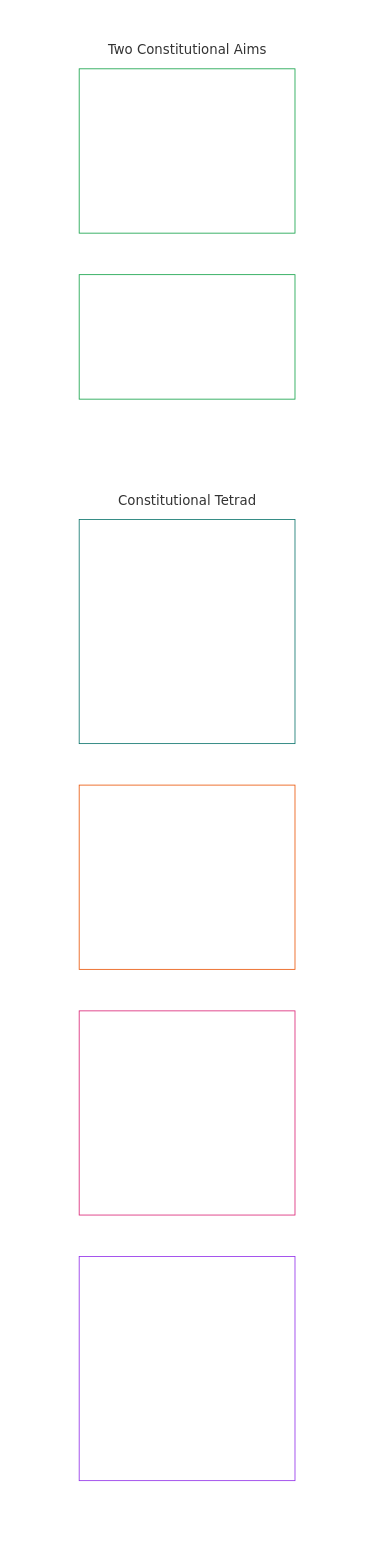
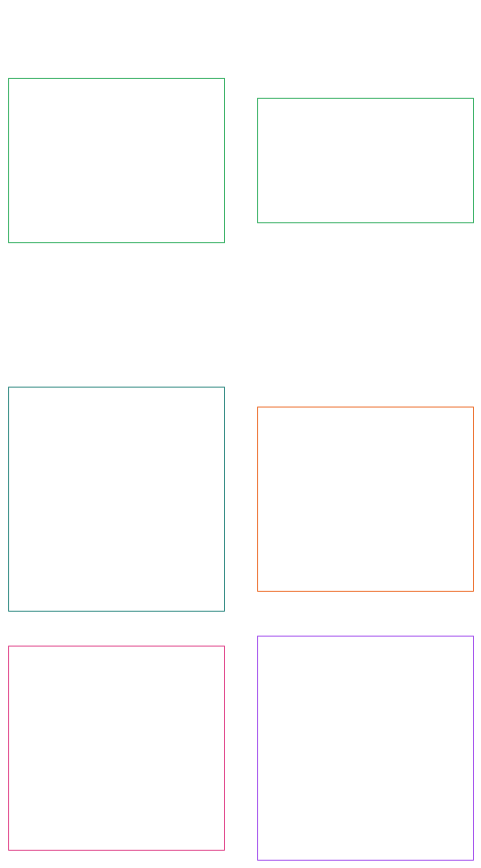
One commit to kfoelsch/Sentient_Constitution changed the first of 2 diagrams in core_01.000_values_principles.md. Above: the diagram before and after it, drawn with Mermaid. The commit also changed 7 other files, not shown here.

First line of the commit message:
Chapter 1 and Conceptual Overview diagram: lay the Tetrad out as a fixed 2x2 grid

````diff
--- a/core_01.000_values_principles.md
+++ b/core_01.000_values_principles.md
@@ -134,28 +134,31 @@
 ```mermaid
+%%{init: {"flowchart": {"rankSpacing": 30, "nodeSpacing": 40}}}%%
 flowchart TB
-    subgraph Foundation[" "]
-        direction TB
-        subgraph Aims["Two Constitutional Aims"]
-            direction LR
-            F["Flourishing<br/><br/>• Sentient wellbeing sustained through truth, safety,<br/>trustworthiness, and meaningful agency"]
-            C["Continuity<br/><br/>• Long-horizon stability, sustainability, resilience,<br/>and ecological wellbeing"]
-        end
-        subgraph Tetrad["Constitutional Tetrad"]
-            direction LR
-            P["Participation<br/><br/>• Affected sentients get a real voice<br/>• Fair representation and a fair chance to challenge<br/>• Access to consequential roles in proportion to stake"]
-            O["Oversight<br/><br/>• Watching, checking, verifying, and keeping records<br/>• Independent review can constrain bad choices"]
-            A["Accountability<br/><br/>• Responsibility traces to the right actors<br/>• Answerability, redress, and real correction<br/>• Bad outcomes trigger repair"]
-            T["Timeliness<br/><br/>• Problems are detected, challenged, resolved, and fixed<br/>• Time limits match the material stake<br/>• Delay cannot erase rights, remedies, or repair"]
-        end
-    end
-    F ~~~ P
-    style Foundation fill:none,stroke:none
-    style Aims fill:none,stroke:none
-    style Tetrad fill:none,stroke:none
+    TA["Two Constitutional Aims"]
+    F["Flourishing<br/><br/>• Sentient wellbeing sustained through truth, safety,<br/>trustworthiness, and meaningful agency"]
+    C["Continuity<br/><br/>• Long-horizon stability, sustainability, resilience,<br/>and ecological wellbeing"]
+    GAP[" "]
+    TT["Constitutional Tetrad"]
+    P["Participation<br/><br/>• Affected sentients get a real voice<br/>• Fair representation and a fair chance to challenge<br/>• Access to consequential roles in proportion to stake"]
+    O["Oversight<br/><br/>• Watching, checking, verifying, and keeping records<br/>• Independent review can constrain bad choices"]
+    A["Accountability<br/><br/>• Responsibility traces to the right actors<br/>• Answerability, redress, and real correction<br/>• Bad outcomes trigger repair"]
+    T["Timeliness<br/><br/>• Problems are detected, challenged, resolved, and fixed<br/>• Time limits match the material stake<br/>• Delay cannot erase rights, remedies, or repair"]
+    TA ~~~ F
+    TA ~~~ C
+    F ~~~ GAP
+    C ~~~ GAP
+    GAP ~~~ TT
+    TT ~~~ P
+    TT ~~~ O
+    P ~~~ A
+    O ~~~ T
+    style TA fill:none,stroke:none,color:#ffffff
+    style TT fill:none,stroke:none,color:#ffffff
+    style GAP fill:none,stroke:none
     style F fill:none,stroke:#16a34a,color:#ffffff
     style C fill:none,stroke:#16a34a,color:#ffffff
     style P fill:none,stroke:#0f766e,color:#ffffff
     style O fill:none,stroke:#ea580c,color:#ffffff
     style A fill:none,stroke:#db2777,color:#ffffff
     style T fill:none,stroke:#9333ea,color:#ffffff
 ```
````
